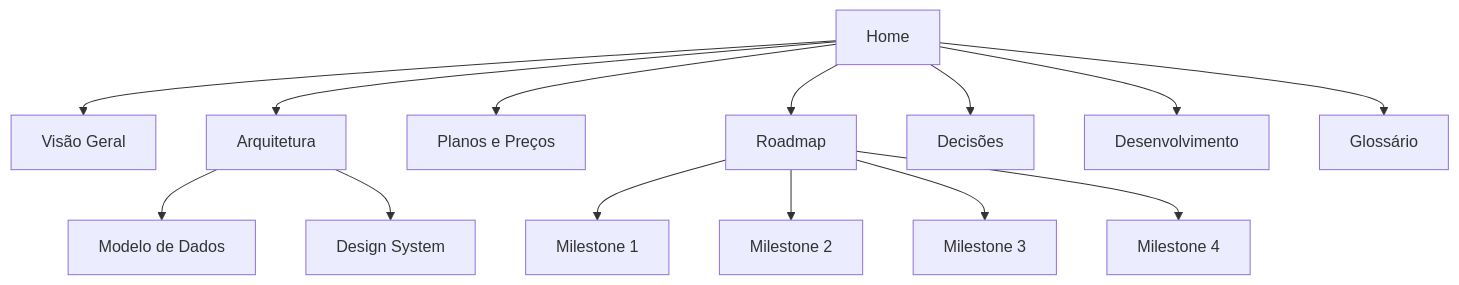
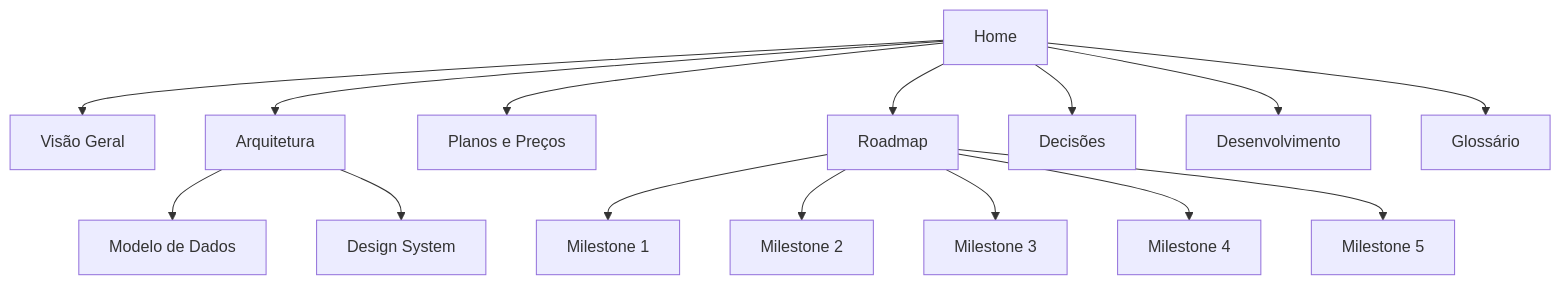
One commit to Synqo-Servicos/AutoStand changed the diagram in docs/Home.md. Above: the diagram before and after it, drawn with Mermaid. The commit also changed other lines of this file and 5 other files, not shown here.

````diff
--- a/docs/Home.md
+++ b/docs/Home.md
@@ -24,17 +25,18 @@
 ```mermaid
 graph TD
     H[Home] --> VG[Visão Geral]
     H --> AR[Arquitetura]
     H --> PP[Planos e Preços]
     H --> RM[Roadmap]
     H --> DEC[Decisões]
     H --> DEV[Desenvolvimento]
     H --> GL[Glossário]
     AR --> MD[Modelo de Dados]
     AR --> DS[Design System]
     RM --> M1[Milestone 1]
     RM --> M2[Milestone 2]
     RM --> M3[Milestone 3]
     RM --> M4[Milestone 4]
-    class VG,AR,PP,RM,DEC,DEV,GL,MD,DS,M1,M2,M3,M4 internal-link;
+    RM --> M5[Milestone 5]
+    class VG,AR,PP,RM,DEC,DEV,GL,MD,DS,M1,M2,M3,M4,M5 internal-link;
 ```
````
